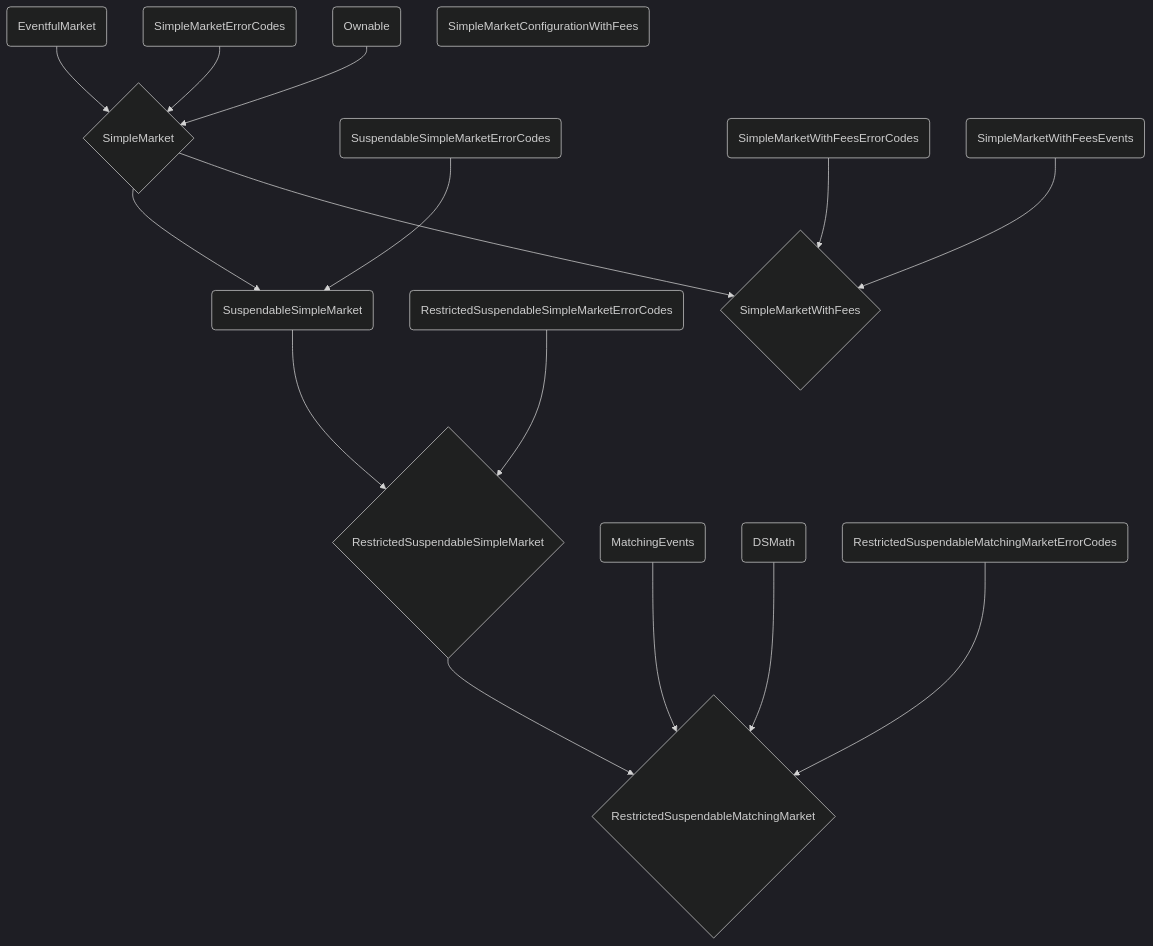
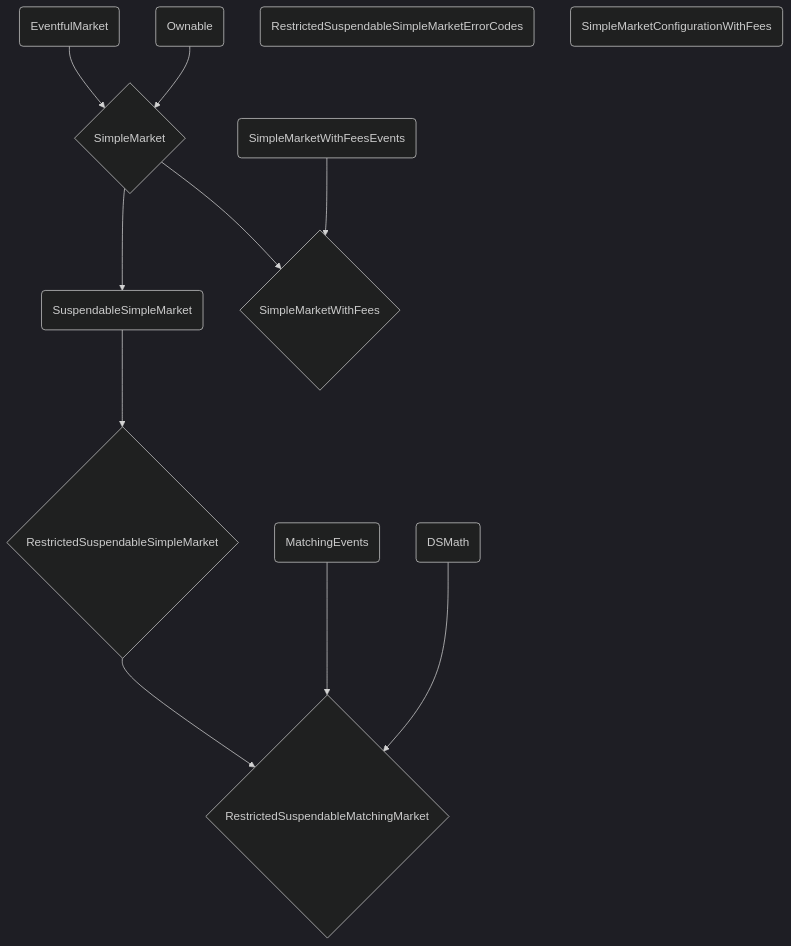
The diagram in docs/contracts_inheritance.md (Le-Rucher-d-Apidae/maker-otc-fork-OpenZeppelin), drawn with Mermaid (dark theme) before and after one commit. The commit also changed 31 other files, not shown here.

First line of the commit message:
files renaming, error codes, const renamed, tests launch

````diff
--- a/docs/contracts_inheritance.md
+++ b/docs/contracts_inheritance.md
@@ -3,40 +3,42 @@
 ```mermaid
 graph TD;
 EV(EventfulMarket)
-ER(SimpleMarketErrorCodes)
+
+
+
 OW(Ownable)
 SMPL{SimpleMarket}
 SUSPSMPL(SuspendableSimpleMarket)
-ERRSUSP(SuspendableSimpleMarketErrorCodes)
+
 RER(RestrictedSuspendableSimpleMarketErrorCodes)
 RSUSPSMPL{RestrictedSuspendableSimpleMarket}
 MEV(MatchingEvents)
 DSM(DSMath)
 RSMM{RestrictedSuspendableMatchingMarket}
-ERRMM(RestrictedSuspendableMatchingMarketErrorCodes)
+
 
 SMWF{SimpleMarketWithFees}
-ERRSMWF(SimpleMarketWithFeesErrorCodes)
+
 EVSMWF(SimpleMarketWithFeesEvents)
 
 CFGSMWF(SimpleMarketConfigurationWithFees)
 
 
 EV --> SMPL
-ER --> SMPL
+
 OW --> SMPL
-ERRSUSP --> SUSPSMPL
+
 SMPL --> SUSPSMPL
-RER --> RSUSPSMPL
+
 SUSPSMPL --> RSUSPSMPL
-ERRMM --> RSMM
+
 RSUSPSMPL --> RSMM
 MEV --> RSMM
 DSM --> RSMM
 
 
-ERRSMWF --> SMWF
+
 EVSMWF --> SMWF
 SMPL --> SMWF
 
 ```
````
